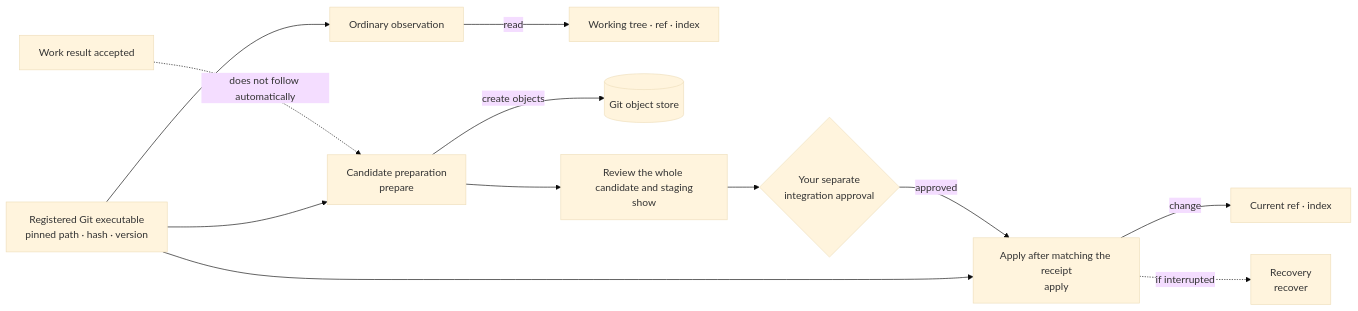
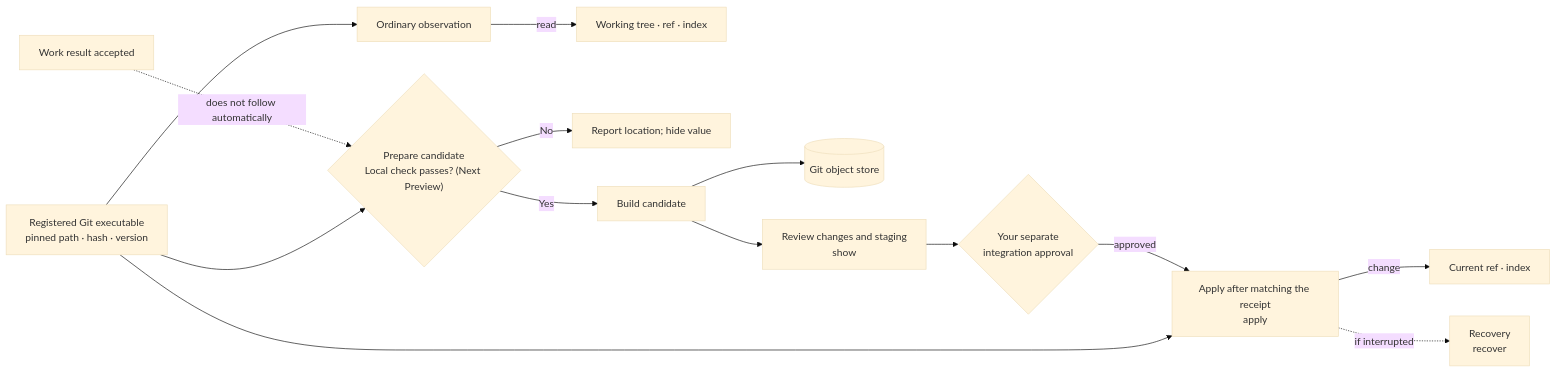
One commit to kyungseo/colvia changed the tenth of 13 diagrams in manual/en/architecture.md. Above: the diagram before and after it, drawn with Mermaid (base theme). The commit also changed other lines of this file and 36 other files, not shown here.

````diff
--- a/manual/en/architecture.md
+++ b/manual/en/architecture.md
@@ -415,15 +415,17 @@
 ```mermaid
 flowchart LR
     Reg["Registered Git executable<br/>pinned path · hash · version"]
     Accept["Work result accepted"] -.->|does not follow automatically| Prepare
     Observe["Ordinary observation"] -->|read| Repo["Working tree · ref · index"]
-    Prepare["Candidate preparation<br/>prepare"] -->|create objects| Objects[("Git object store")]
-    Prepare --> Review["Review the whole candidate and staging<br/>show"]
+    Prepare{"Prepare candidate<br/>Local check passes? (Next Preview)"} -->|No| Stop["Report location; hide value"]
+    Prepare -->|Yes| Build["Build candidate"]
+    Build --> Objects[("Git object store")]
+    Build --> Review["Review changes and staging<br/>show"]
     Review --> Approval{"Your separate<br/>integration approval"}
     Approval -->|approved| Apply["Apply after matching the receipt<br/>apply"]
     Apply -->|change| RefIndex["Current ref · index"]
     Apply -.->|if interrupted| Recover["Recovery<br/>recover"]
     Reg --> Observe
     Reg --> Prepare
     Reg --> Apply
 ```
````
